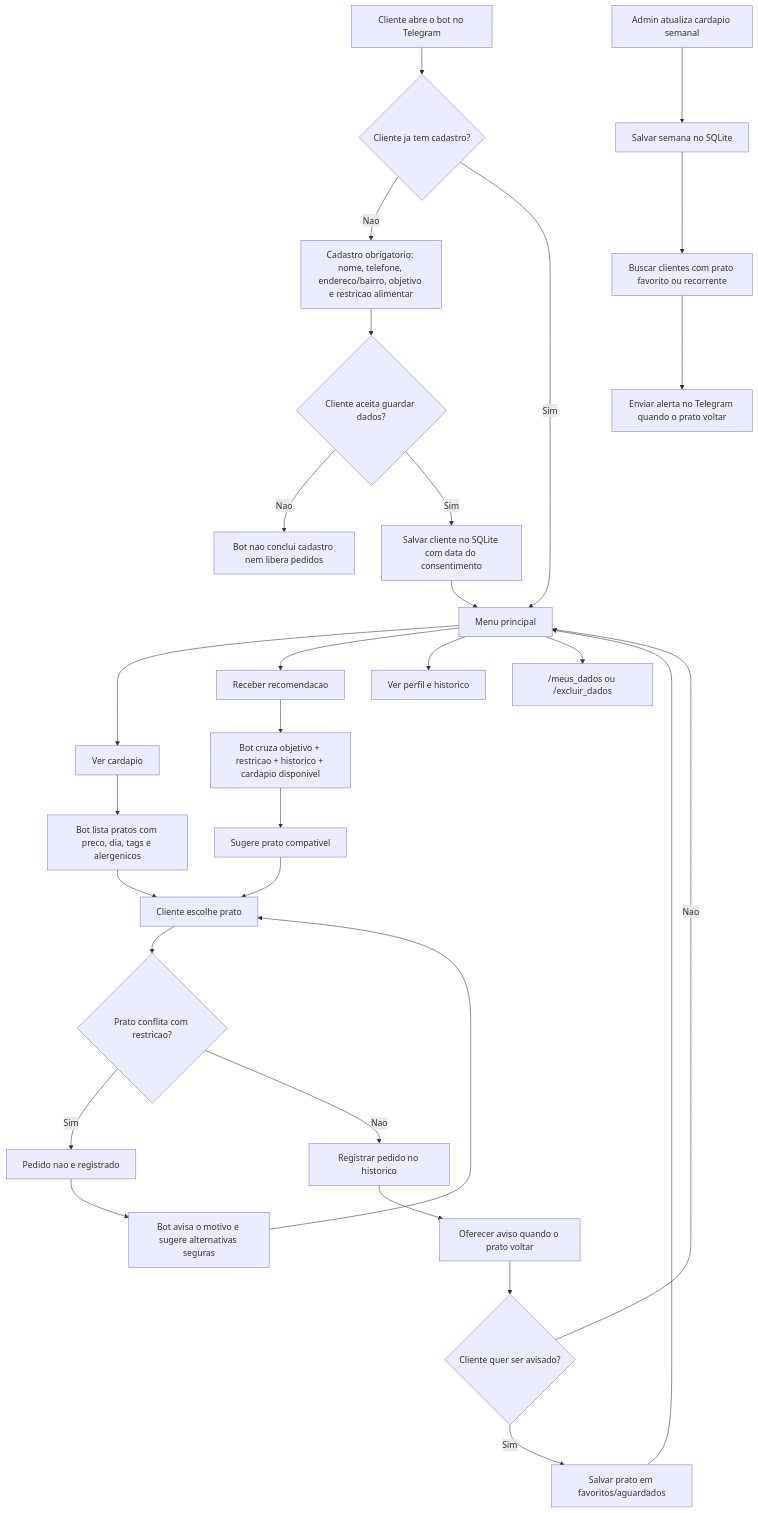
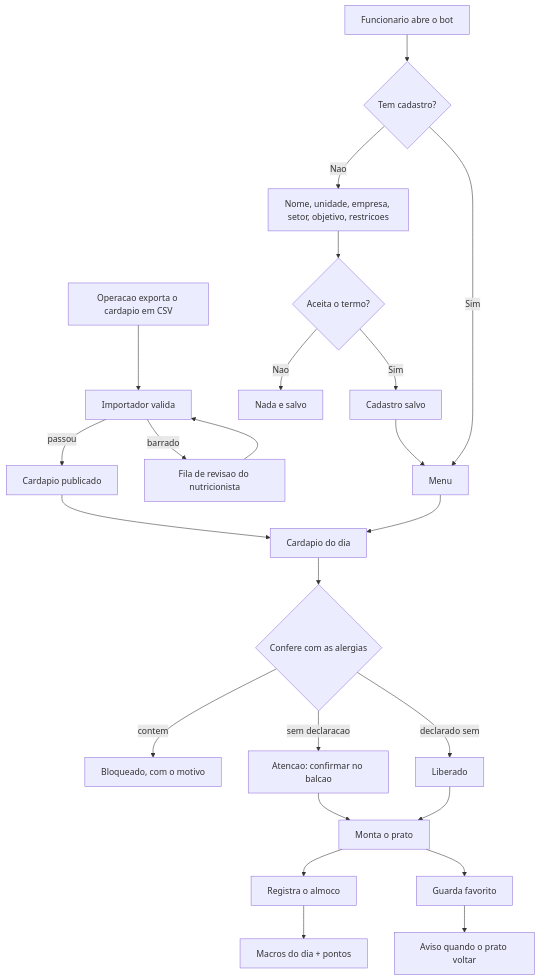
The diagram in README.md (VmaffeiDev/ApetitFoodBot), drawn with Mermaid before and after one commit. The commit also changed other lines of this file and 14 other files, not shown here.

````diff
--- a/README.md
+++ b/README.md
@@ -193,36 +197,29 @@
 ```mermaid
 flowchart TD
-    A["Cliente abre o bot no Telegram"] --> B{Cliente ja tem cadastro?}
-    B -- "Nao" --> C["Cadastro obrigatorio: nome, telefone, endereco/bairro, objetivo e restricao alimentar"]
-    C --> LGPD{Cliente aceita guardar dados?}
-    LGPD -- "Nao" --> X["Bot nao conclui cadastro nem libera pedidos"]
-    LGPD -- "Sim" --> D["Salvar cliente no SQLite com data do consentimento"]
-    B -- "Sim" --> E["Menu principal"]
-    D --> E
+    A["Operacao exporta o cardapio em CSV"] --> B["Importador valida"]
+    B -->|"passou"| C["Cardapio publicado"]
+    B -->|"barrado"| D["Fila de revisao do nutricionista"]
+    D --> B
 
-    E --> F["Ver cardapio"]
-    E --> G["Receber recomendacao"]
-    E --> H["Ver perfil e historico"]
-    E --> LGPD2["/meus_dados ou /excluir_dados"]
+    E["Funcionario abre o bot"] --> F{Tem cadastro?}
+    F -- Nao --> G["Nome, unidade, empresa, setor, objetivo, restricoes"]
+    G --> H{Aceita o termo?}
+    H -- Nao --> X["Nada e salvo"]
+    H -- Sim --> I["Cadastro salvo"]
+    F -- Sim --> J["Menu"]
+    I --> J
 
-    F --> I["Bot lista pratos com preco, dia, tags e alergenicos"]
-    G --> J["Bot cruza objetivo + restricao + historico + cardapio disponivel"]
-    J --> K["Sugere prato compativel"]
-    K --> L["Cliente escolhe prato"]
-    I --> L
+    C --> K["Cardapio do dia"]
+    J --> K
+    K --> L{Confere com as alergias}
+    L -->|"contem"| M["Bloqueado, com o motivo"]
+    L -->|"sem declaracao"| N["Atencao: confirmar no balcao"]
+    L -->|"declarado sem"| O["Liberado"]
 
-    L --> M{Prato conflita com restricao?}
-    M -- "Sim" --> N["Pedido nao e registrado"]
-    N --> O["Bot avisa o motivo e sugere alternativas seguras"]
-    O --> L
-    M -- "Nao" --> P["Registrar pedido no historico"]
-    P --> Q["Oferecer aviso quando o prato voltar"]
-    Q --> R{Cliente quer ser avisado?}
-    R -- "Sim" --> S["Salvar prato em favoritos/aguardados"]
-    R -- "Nao" --> E
-    S --> E
-
-    T["Admin atualiza cardapio semanal"] --> U["Salvar semana no SQLite"]
-    U --> V["Buscar clientes com prato favorito ou recorrente"]
-    V --> W["Enviar alerta no Telegram quando o prato voltar"]
+    N --> P["Monta o prato"]
+    O --> P
+    P --> Q["Registra o almoco"]
+    Q --> R["Macros do dia + pontos"]
+    P --> S["Guarda favorito"]
+    S --> T["Aviso quando o prato voltar"]
 ```
````
